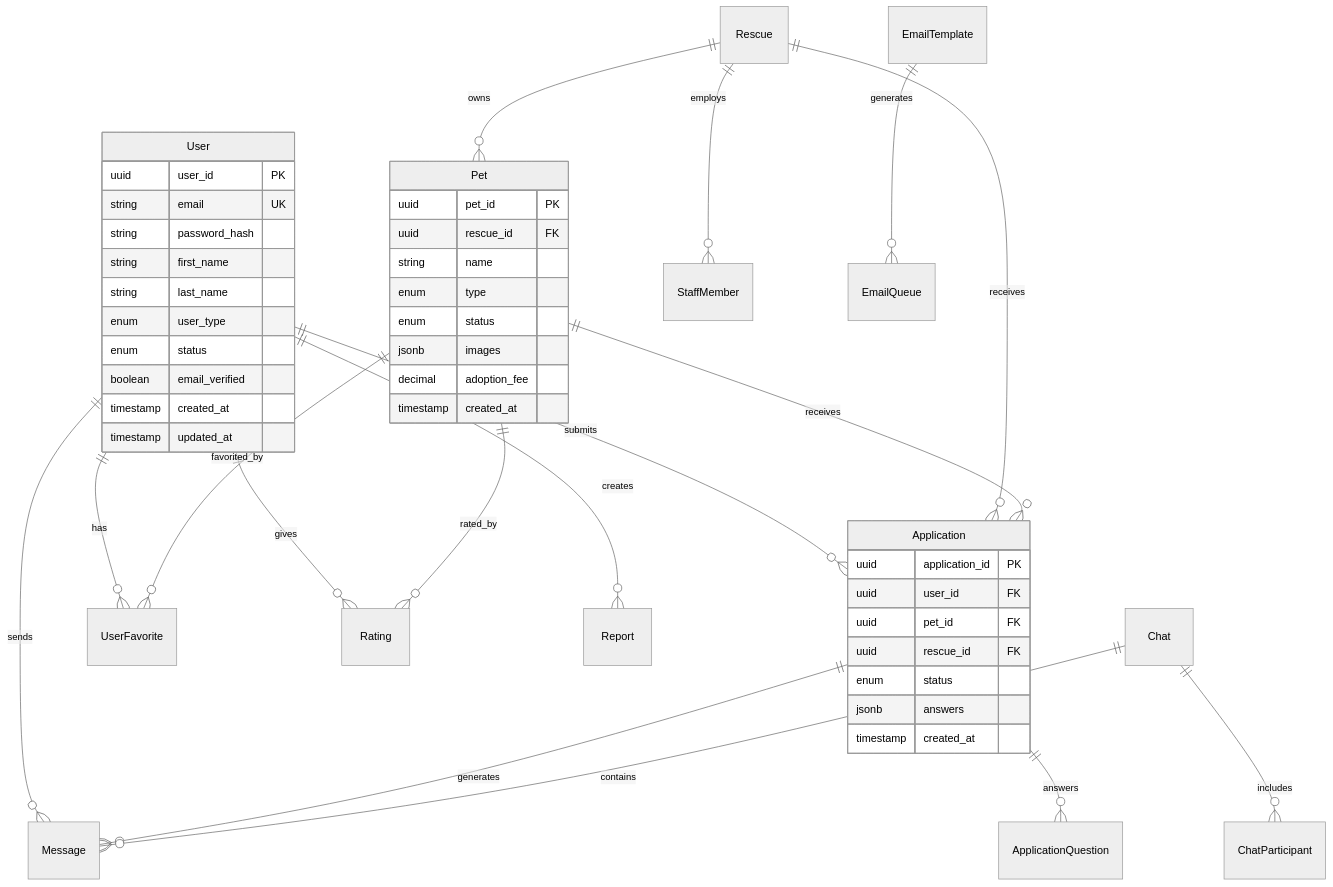
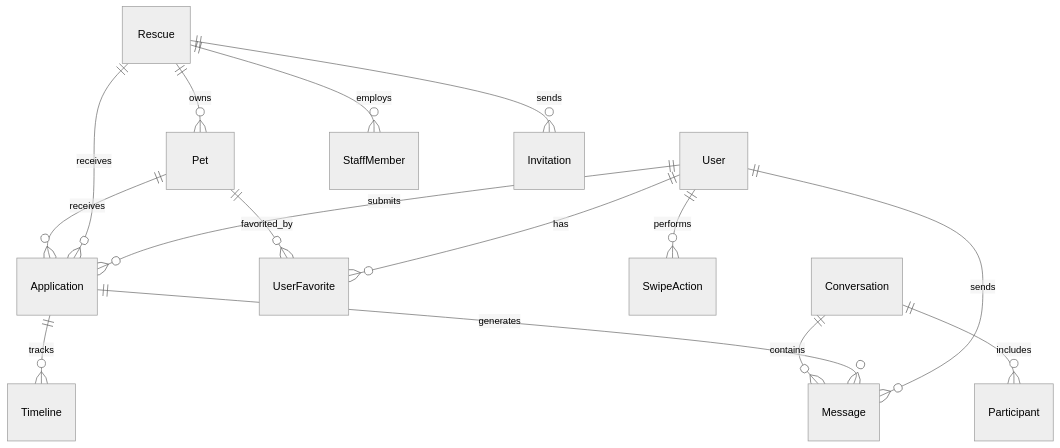
One commit to ideaSquared/adopt-dont-shop changed the diagram in docs/backend/database-schema.md. Above: the diagram before and after it, drawn with Mermaid (neutral theme). The commit also changed other lines of this file and 67 other files, not shown here.

````diff
--- a/docs/backend/database-schema.md
+++ b/docs/backend/database-schema.md
@@ -22,58 +9,21 @@
 ```mermaid
 erDiagram
     User ||--o{ Application : submits
     User ||--o{ Message : sends
     User ||--o{ UserFavorite : has
-    User ||--o{ Rating : gives
-    User ||--o{ Report : creates
-    
+    User ||--o{ SwipeAction : performs
+
     Rescue ||--o{ Pet : owns
     Rescue ||--o{ StaffMember : employs
     Rescue ||--o{ Application : receives
-    
+    Rescue ||--o{ Invitation : sends
+
     Pet ||--o{ Application : receives
     Pet ||--o{ UserFavorite : favorited_by
-    Pet ||--o{ Rating : rated_by
-    
+
+    Application ||--o{ Timeline : tracks
     Application ||--o{ Message : generates
-    Application ||--o{ ApplicationQuestion : answers
-    
-    Chat ||--o{ Message : contains
-    Chat ||--o{ ChatParticipant : includes
-    
-    EmailTemplate ||--o{ EmailQueue : generates
-    
-    User {
-        uuid user_id PK
-        string email UK
-        string password_hash
-        string first_name
-        string last_name
-        enum user_type
-        enum status
-        boolean email_verified
-        timestamp created_at
-        timestamp updated_at
-    }
-    
-    Pet {
-        uuid pet_id PK
-        uuid rescue_id FK
-        string name
-        enum type
-        enum status
-        jsonb images
-        decimal adoption_fee
-        timestamp created_at
-    }
-    
-    Application {
-        uuid application_id PK
-        uuid user_id FK
-        uuid pet_id FK
-        uuid rescue_id FK
-        enum status
-        jsonb answers
-        timestamp created_at
-    }
+
+    Conversation ||--o{ Message : contains
+    Conversation ||--o{ Participant : includes
 ```
````
